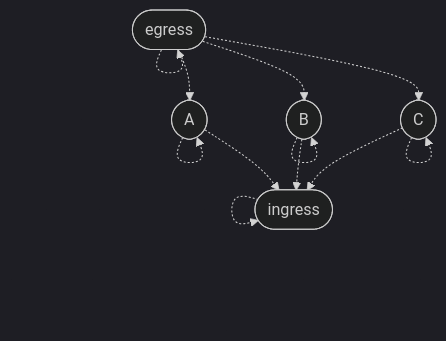
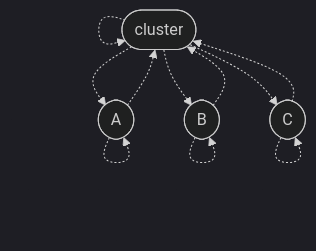
One commit to stepchowfun/proofs changed diagram 19 of 22 in proofs/AdmissibilityGraph/README.md. Above: the diagram before and after it, drawn with Mermaid (dark theme). The commit also changed other lines of this file, not shown here.

Commit message:
Wordsmith the admissibility graph README

````diff
--- a/proofs/AdmissibilityGraph/README.md
+++ b/proofs/AdmissibilityGraph/README.md
@@ -392,20 +370,18 @@
 ```mermaid
 flowchart TD
-  e([egress])
-  i([ingress])
+  m([cluster])
   a([A])
   b([B])
   c([C])
 
-  e -.-> e
-  i -.-> i
+  m -.-> m
   a -.-> a
   b -.-> b
   c -.-> c
-  e -.-> a
-  e -.-> b
-  e -.-> c
-  a -.-> i
-  b -.-> i
-  c -.-> i
+  m -.-> a
+  m -.-> b
+  m -.-> c
+  a -.-> m
+  b -.-> m
+  c -.-> m
 ```
````
